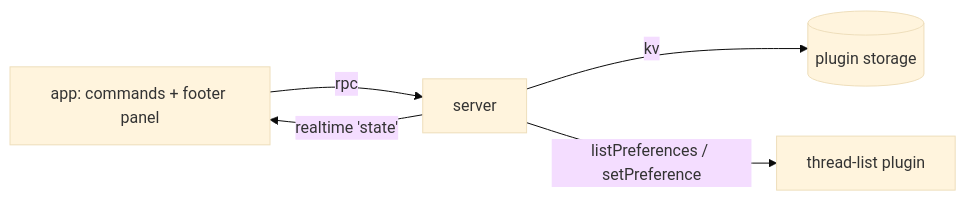
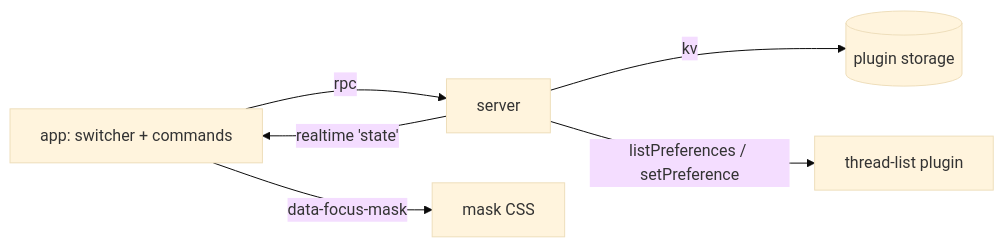
The diagram in src/bb-plugins/focus/README.md (connorads/dotfiles), drawn with Mermaid (base theme) before and after one commit. The commit also changed other lines of this file and 13 other files, not shown here.

First line of the commit message:
Replace Focus panel with a named-set quick switcher

````diff
--- a/src/bb-plugins/focus/README.md
+++ b/src/bb-plugins/focus/README.md
@@ -27,7 +27,8 @@
 ```mermaid
 flowchart LR
-  app[app: commands + footer panel] -- rpc --> server
+  app[app: switcher + commands] -- rpc --> server
   server -- realtime 'state' --> app
   server -- kv --> storage[(plugin storage)]
   server -- listPreferences / setPreference --> tl[thread-list plugin]
+  app -- data-focus-mask --> css[mask CSS]
 ```
````
